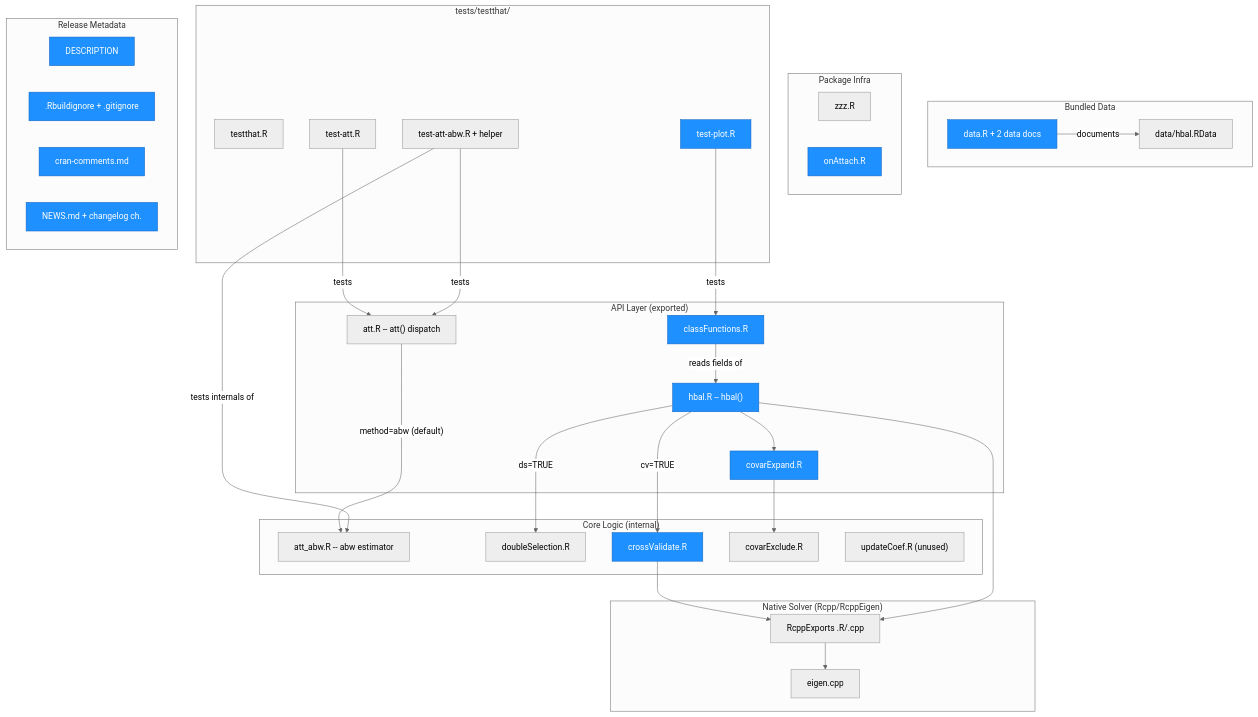
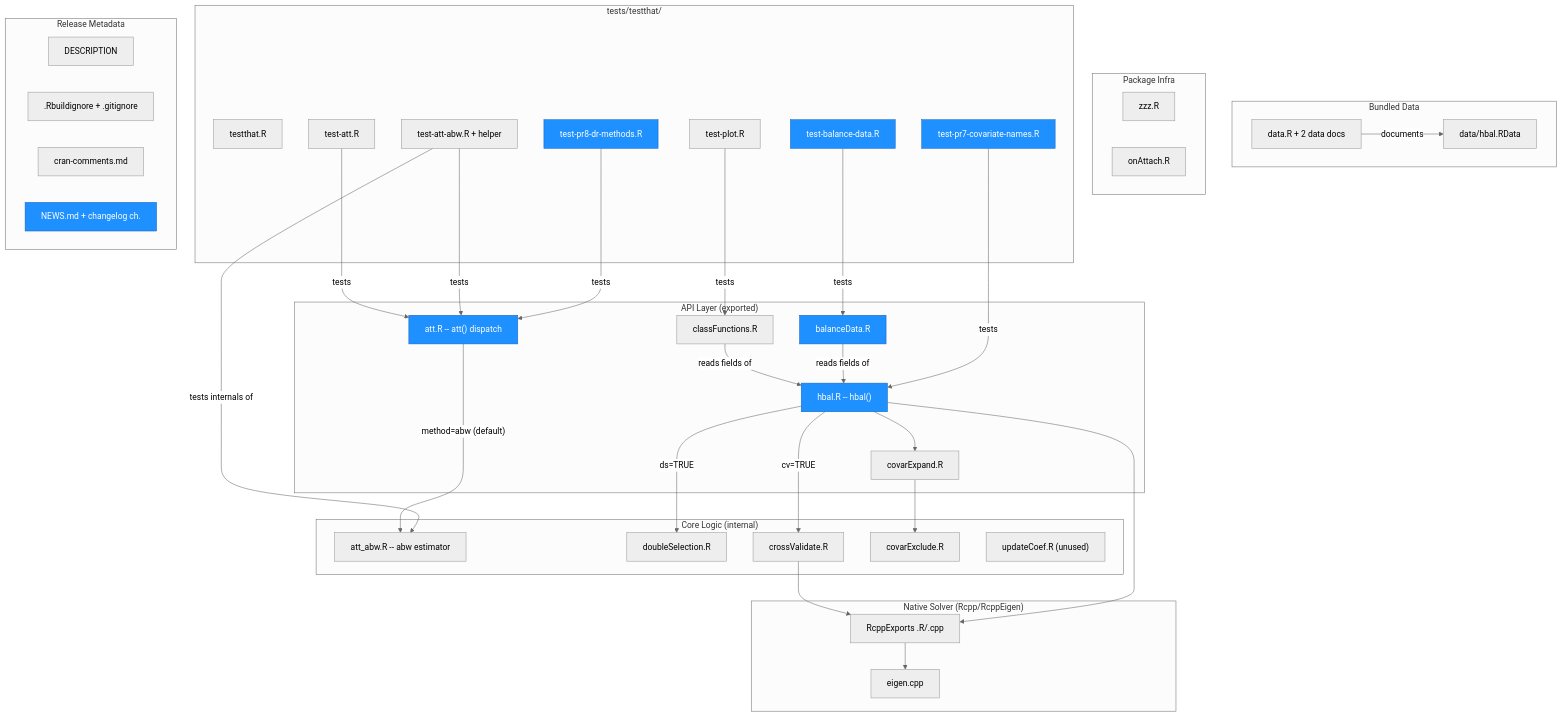
The first of 3 diagrams in ARCHITECTURE.md (xuyiqing/hbal), drawn with Mermaid before and after one commit. The commit also changed other lines of this file, not shown here.

````diff
--- a/ARCHITECTURE.md
+++ b/ARCHITECTURE.md
@@ -15,74 +15,78 @@
 ```mermaid
 %%{init: {'theme': 'neutral'}}%%
 graph TD
     subgraph API["API Layer (exported)"]
         A1["hbal.R -- hbal()"]
         A2["att.R -- att() dispatch"]
         A3["covarExpand.R"]
         A4["classFunctions.R"]
+        A5["balanceData.R"]
     end
 
     subgraph Core["Core Logic (internal)"]
         C0["att_abw.R -- abw estimator"]
         C1["doubleSelection.R"]
         C2["crossValidate.R"]
         C3["covarExclude.R"]
         C4["updateCoef.R (unused)"]
     end
 
     subgraph Native["Native Solver (Rcpp/RcppEigen)"]
         N1["RcppExports .R/.cpp"]
         N2["eigen.cpp"]
     end
 
     subgraph Data["Bundled Data"]
         D1["data.R + 2 data docs"]
         D2["data/hbal.RData"]
     end
 
     subgraph Infra["Package Infra"]
         U1["zzz.R"]
         U2["onAttach.R"]
     end
 
     subgraph Tests["tests/testthat/"]
         T1["testthat.R"]
         T2["test-att.R"]
         T3["test-att-abw.R + helper"]
         T4["test-plot.R"]
+        T5["test-pr8-dr-methods.R"]
+        T6["test-pr7-covariate-names.R"]
+        T7["test-balance-data.R"]
     end
 
     subgraph Release["Release Metadata"]
         R1["DESCRIPTION"]
         R2[".Rbuildignore + .gitignore"]
         R3["cran-comments.md"]
         R4["NEWS.md + changelog ch."]
     end
 
     A1 --> A3
     A3 --> C3
     A1 -->|"ds=TRUE"| C1
     A1 -->|"cv=TRUE"| C2
     C2 --> N1
     A1 --> N1
     N1 --> N2
     A2 -->|"method=abw (default)"| C0
     A4 -->|"reads fields of"| A1
     D1 -->|"documents"| D2
     T2 -->|"tests"| A2
     T3 -->|"tests"| A2
     T3 -->|"tests internals of"| C0
     T4 -->|"tests"| A4
+    A5 -->|"reads fields of"| A1
+    T5 -->|"tests"| A2
+    T6 -->|"tests"| A1
+    T7 -->|"tests"| A5
 
     style A1 fill:#1e90ff,stroke:#1565c0,color:#fff
-    style A3 fill:#1e90ff,stroke:#1565c0,color:#fff
-    style A4 fill:#1e90ff,stroke:#1565c0,color:#fff
-    style C2 fill:#1e90ff,stroke:#1565c0,color:#fff
-    style U2 fill:#1e90ff,stroke:#1565c0,color:#fff
-    style D1 fill:#1e90ff,stroke:#1565c0,color:#fff
-    style T4 fill:#1e90ff,stroke:#1565c0,color:#fff
-    style R1 fill:#1e90ff,stroke:#1565c0,color:#fff
-    style R2 fill:#1e90ff,stroke:#1565c0,color:#fff
-    style R3 fill:#1e90ff,stroke:#1565c0,color:#fff
+    style A2 fill:#1e90ff,stroke:#1565c0,color:#fff
+    style A5 fill:#1e90ff,stroke:#1565c0,color:#fff
+    style T5 fill:#1e90ff,stroke:#1565c0,color:#fff
+    style T6 fill:#1e90ff,stroke:#1565c0,color:#fff
+    style T7 fill:#1e90ff,stroke:#1565c0,color:#fff
     style R4 fill:#1e90ff,stroke:#1565c0,color:#fff
 ```
````
